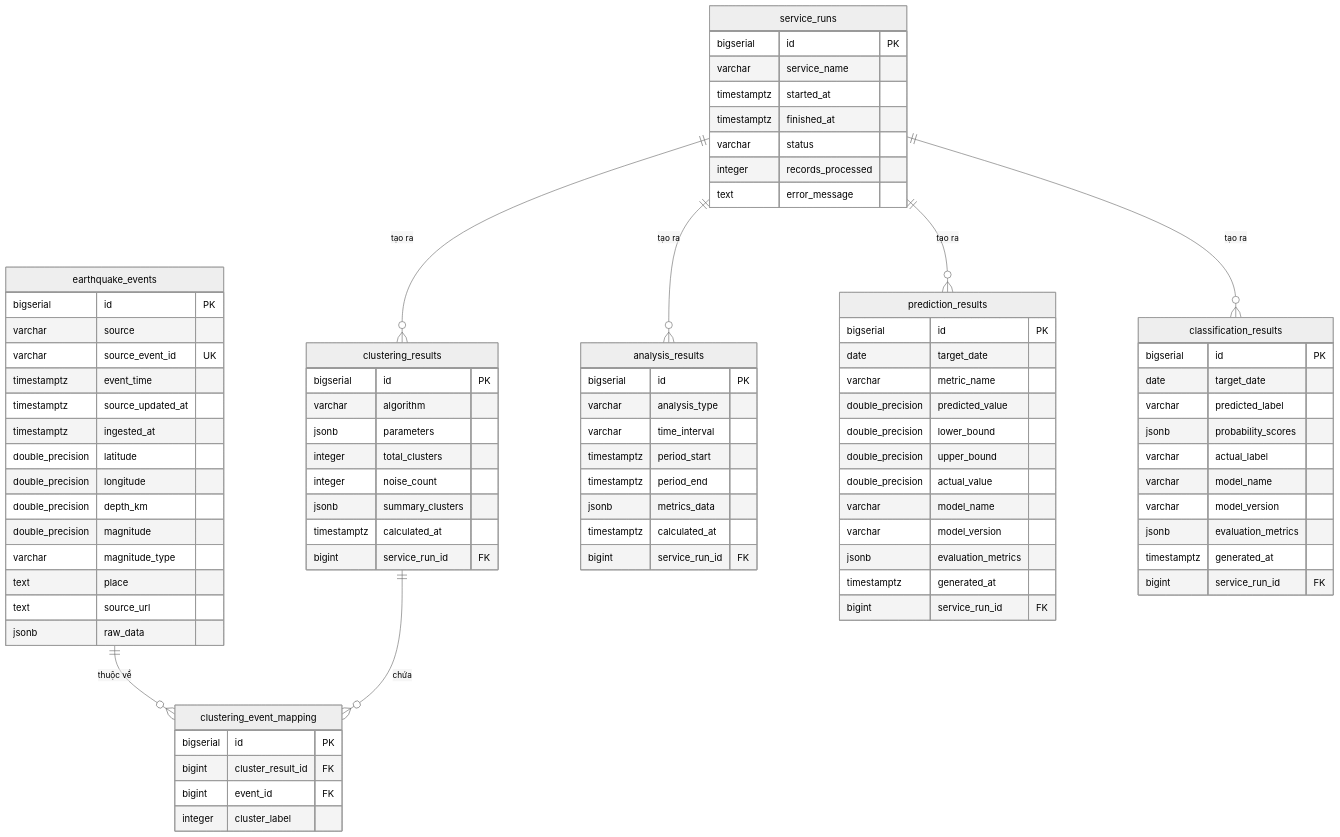
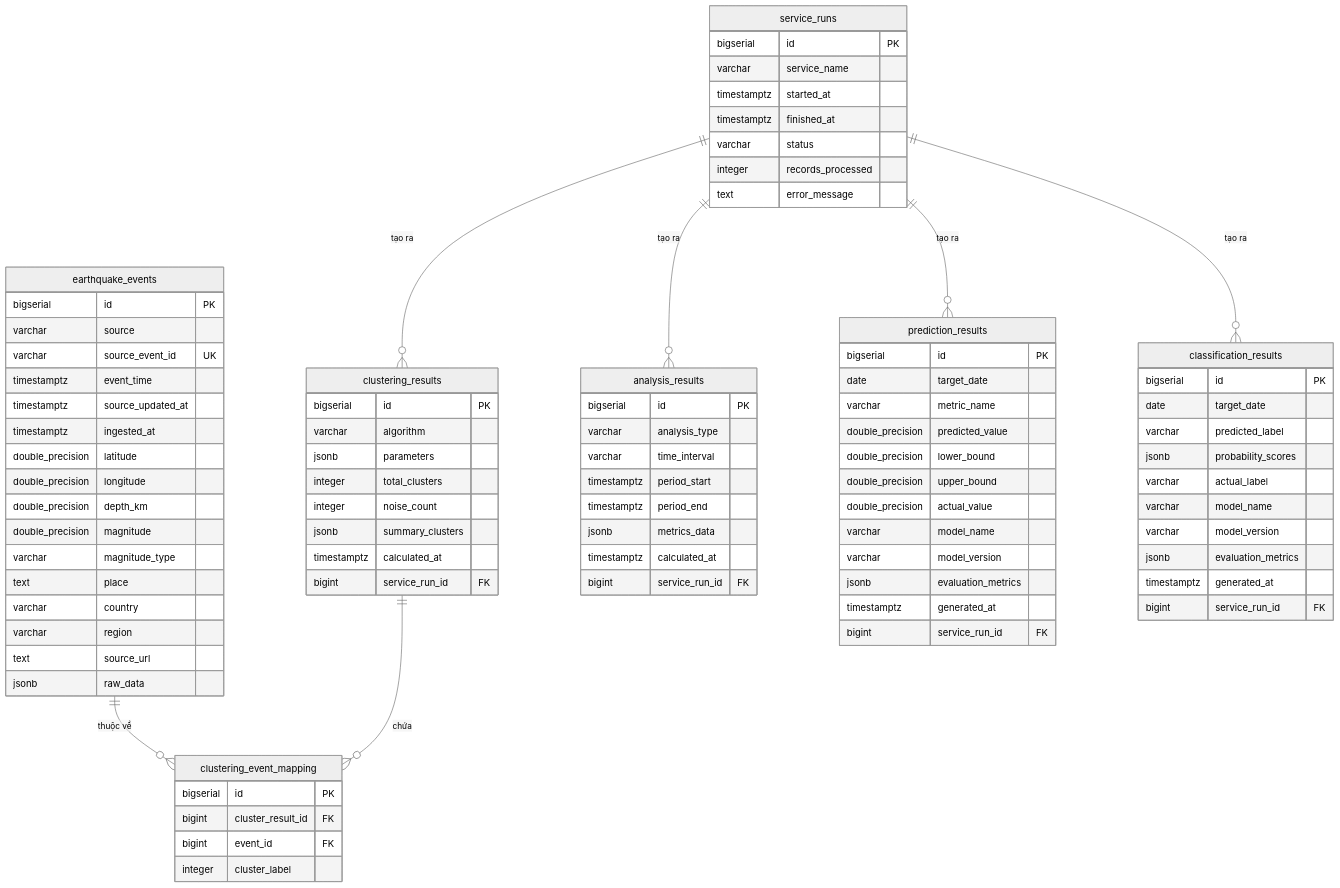
Before and after one commit to ThienleDuc/GDMAS: the diagram in docs/architecture/ERD.md, drawn with Mermaid (neutral theme). The commit also changed other lines of this file and 34 other files, not shown here.

First line of the commit message:
feat(api): tách place thành quốc gia/khu vực và backfill toàn cầu (2026-11-22-be-country-region-derivation-thien)

```diff
--- a/docs/architecture/ERD.md
+++ b/docs/architecture/ERD.md
@@ -48,6 +48,8 @@
         double_precision magnitude
         varchar magnitude_type
         text place
+        varchar country
+        varchar region
         text source_url
         jsonb raw_data
     }
```
